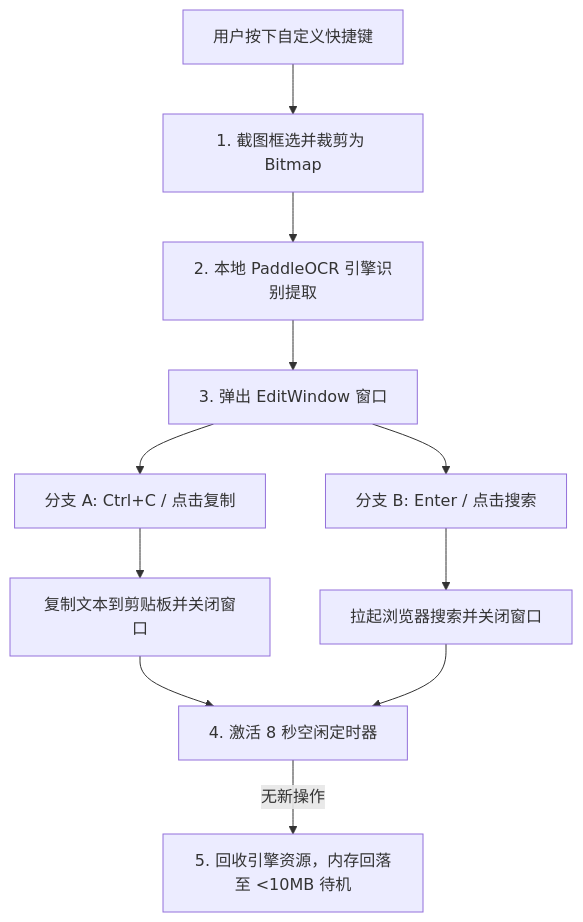
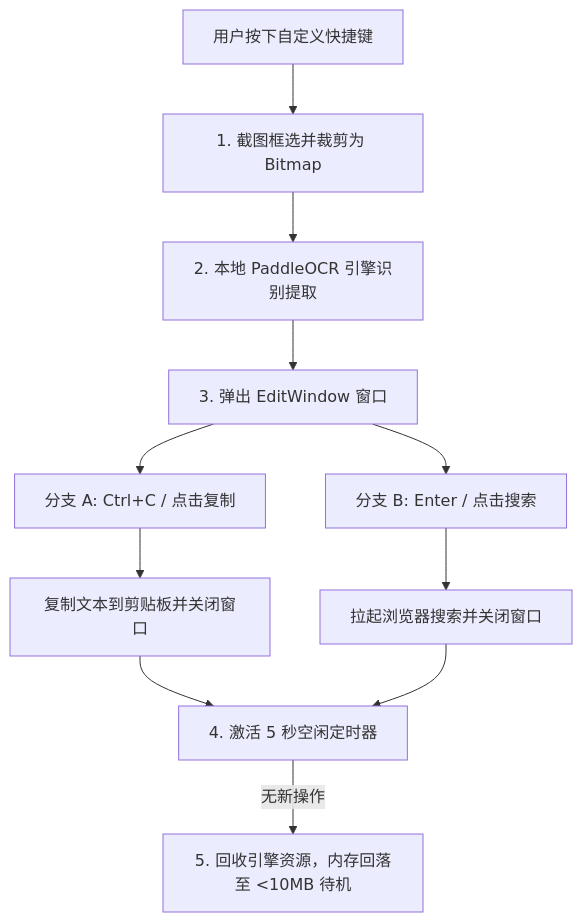
Before and after one commit to Loecedas/SnapFind: the diagram in README.md, drawn with Mermaid. The commit also changed other lines of this file and 1 other file, not shown here.

````diff
--- a/README.md
+++ b/README.md
@@ -129,16 +134,16 @@
 ```mermaid
 graph TD
     A[用户按下自定义快捷键] --> B["1. 截图框选并裁剪为 Bitmap"]
     B --> C["2. 本地 PaddleOCR 引擎识别提取"]
     C --> D["3. 弹出 EditWindow 窗口"]
     
     D --> H1[分支 A: Ctrl+C / 点击复制]
     H1 --> I1[复制文本到剪贴板并关闭窗口]
     
     D --> H2[分支 B: Enter / 点击搜索]
     H2 --> I2[拉起浏览器搜索并关闭窗口]
     
-    I1 --> J["4. 激活 8 秒空闲定时器"]
+    I1 --> J["4. 激活 5 秒空闲定时器"]
     I2 --> J
     J -- 无新操作 --> K["5. 回收引擎资源，内存回落至 <10MB 待机"]
 ```
````
